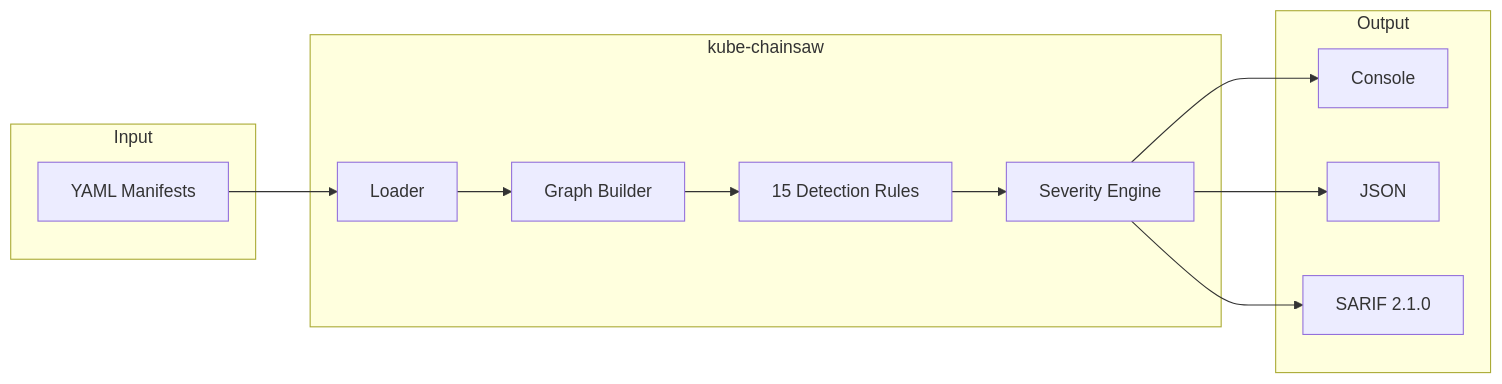
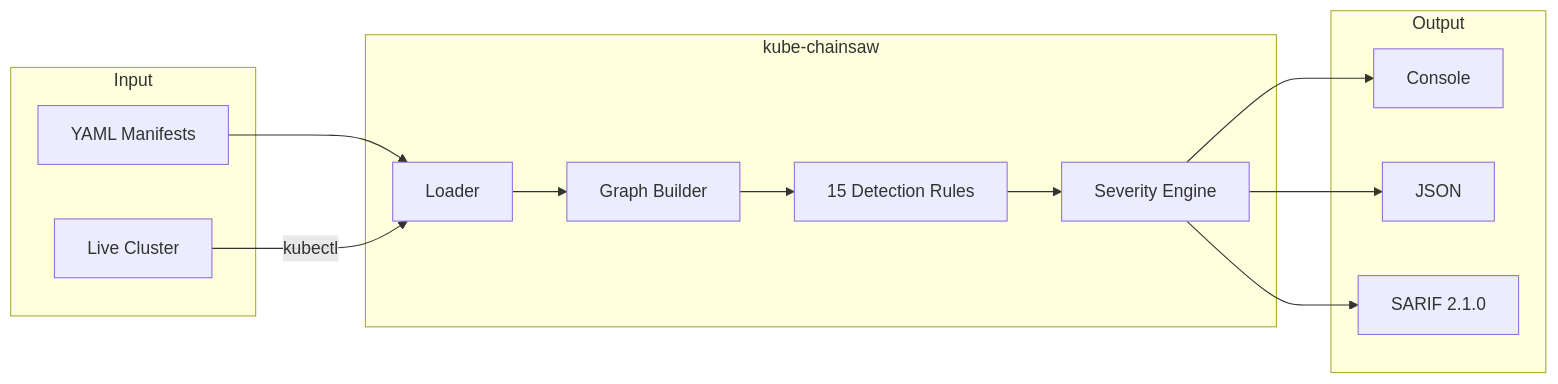
Before and after one commit to ugiordan/kube-chainsaw: the diagram in site/docs/index.md, drawn with Mermaid. The commit also changed other lines of this file and 3 other files, not shown here.

````diff
--- a/site/docs/index.md
+++ b/site/docs/index.md
@@ -20,23 +20,25 @@
 ```mermaid
 graph LR
     subgraph Input
         A[YAML Manifests]
+        A2[Live Cluster]
     end
 
     subgraph "kube-chainsaw"
         B[Loader] --> C[Graph Builder]
         C --> D[15 Detection Rules]
         D --> E[Severity Engine]
     end
 
     subgraph Output
         F[Console]
         G[JSON]
         H[SARIF 2.1.0]
     end
 
     A --> B
+    A2 -->|kubectl| B
     E --> F
     E --> G
     E --> H
 ```
````
